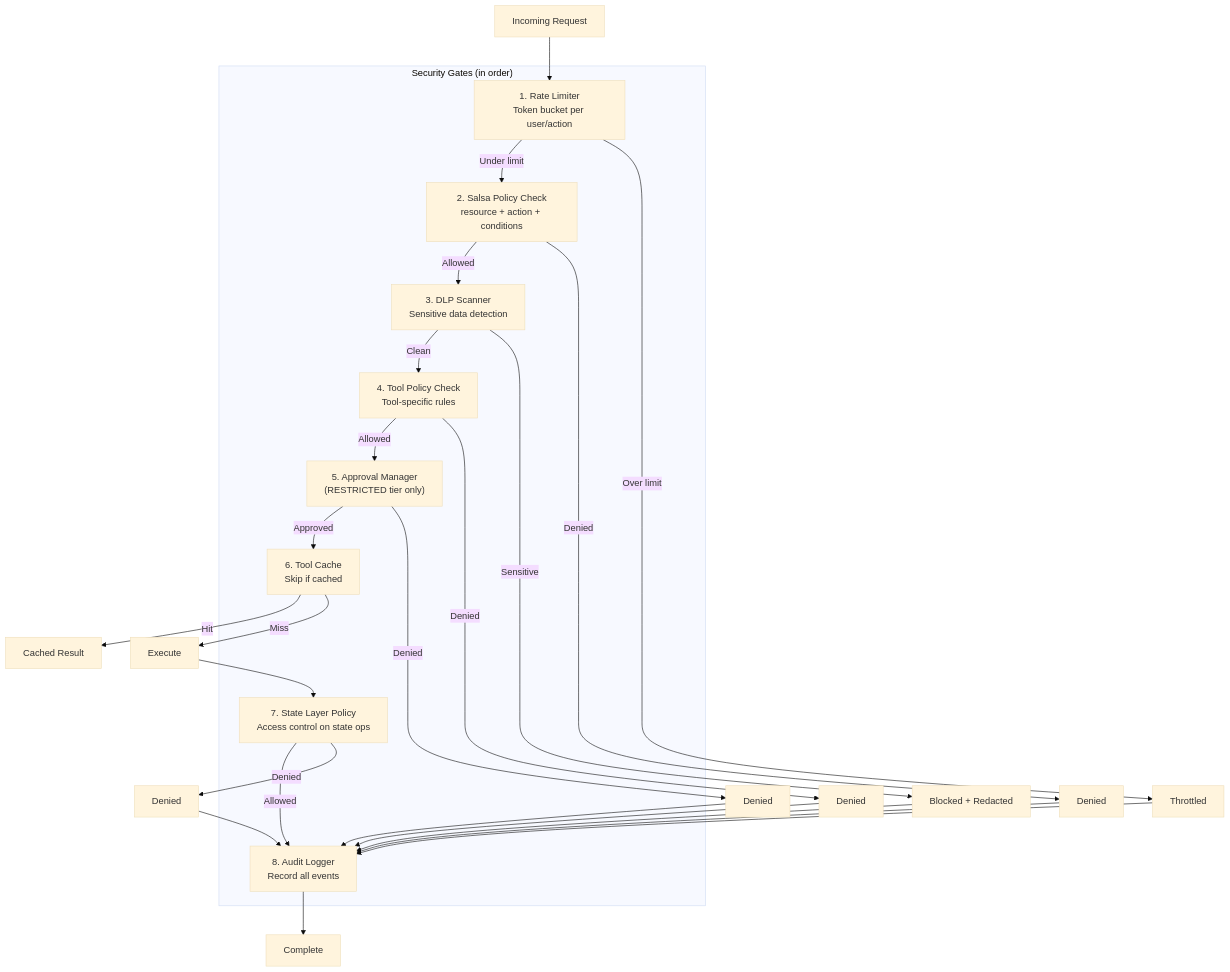
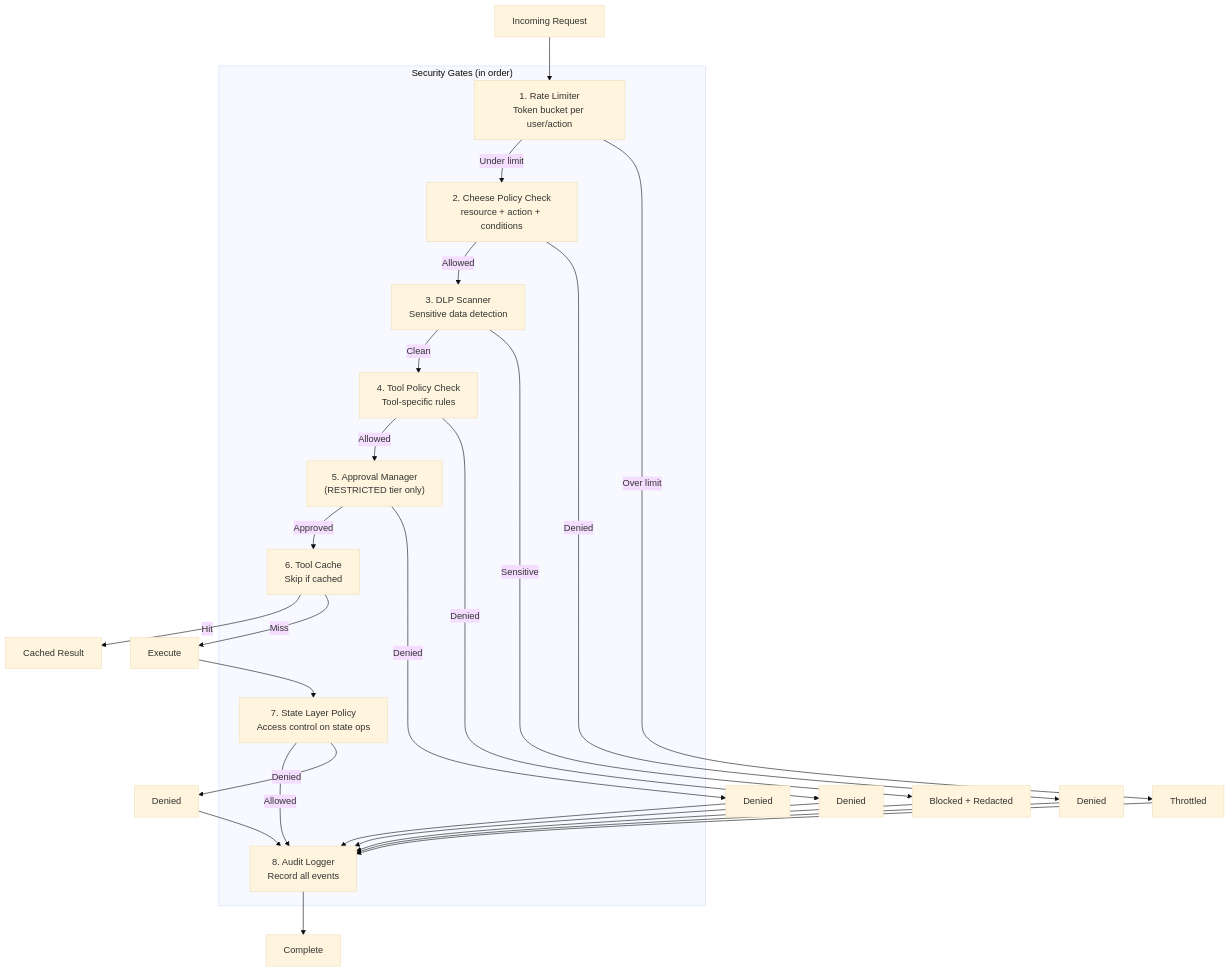
One commit to Nacho-Labs-LLC/nachos-docs changed diagram 26 of 29 in internal/diagrams.md. Above: the diagram before and after it, drawn with Mermaid. The commit also changed other lines of this file and 3 other files, not shown here.

Commit message:
salsa -> cheese

````diff
--- a/internal/diagrams.md
+++ b/internal/diagrams.md
@@ -1338,43 +1338,43 @@
 ```mermaid
 %%{init: {'theme': 'base'}}%%
 
 flowchart TD
     Req["Incoming Request"] --> RL
 
     subgraph Gates["Security Gates (in order)"]
         RL["1. Rate Limiter<br/>Token bucket per user/action"]
-        Policy["2. Salsa Policy Check<br/>resource + action + conditions"]
+        Policy["2. Cheese Policy Check<br/>resource + action + conditions"]
         DLPScan["3. DLP Scanner<br/>Sensitive data detection"]
         ToolPolicy["4. Tool Policy Check<br/>Tool-specific rules"]
         Approval["5. Approval Manager<br/>(RESTRICTED tier only)"]
         Cache["6. Tool Cache<br/>Skip if cached"]
         StatePolicy["7. State Layer Policy<br/>Access control on state ops"]
         Audit["8. Audit Logger<br/>Record all events"]
     end
 
     RL -->|Under limit| Policy
     RL -->|Over limit| Throttled["Throttled"]
 
     Policy -->|Allowed| DLPScan
     Policy -->|Denied| Denied1["Denied"]
 
     DLPScan -->|Clean| ToolPolicy
     DLPScan -->|Sensitive| Blocked["Blocked + Redacted"]
 
     ToolPolicy -->|Allowed| Approval
     ToolPolicy -->|Denied| Denied2["Denied"]
 
     Approval -->|Approved| Cache
     Approval -->|Denied| Denied3["Denied"]
 
     Cache -->|Hit| CacheResult["Cached Result"]
     Cache -->|Miss| ExecuteGate["Execute"]
 
     ExecuteGate --> StatePolicy
     StatePolicy -->|Allowed| Audit
     StatePolicy -->|Denied| Denied4["Denied"]
 
     Audit --> Done["Complete"]
 
     Throttled & Denied1 & Denied2 & Denied3 & Blocked & Denied4 --> Audit
 ```
````
